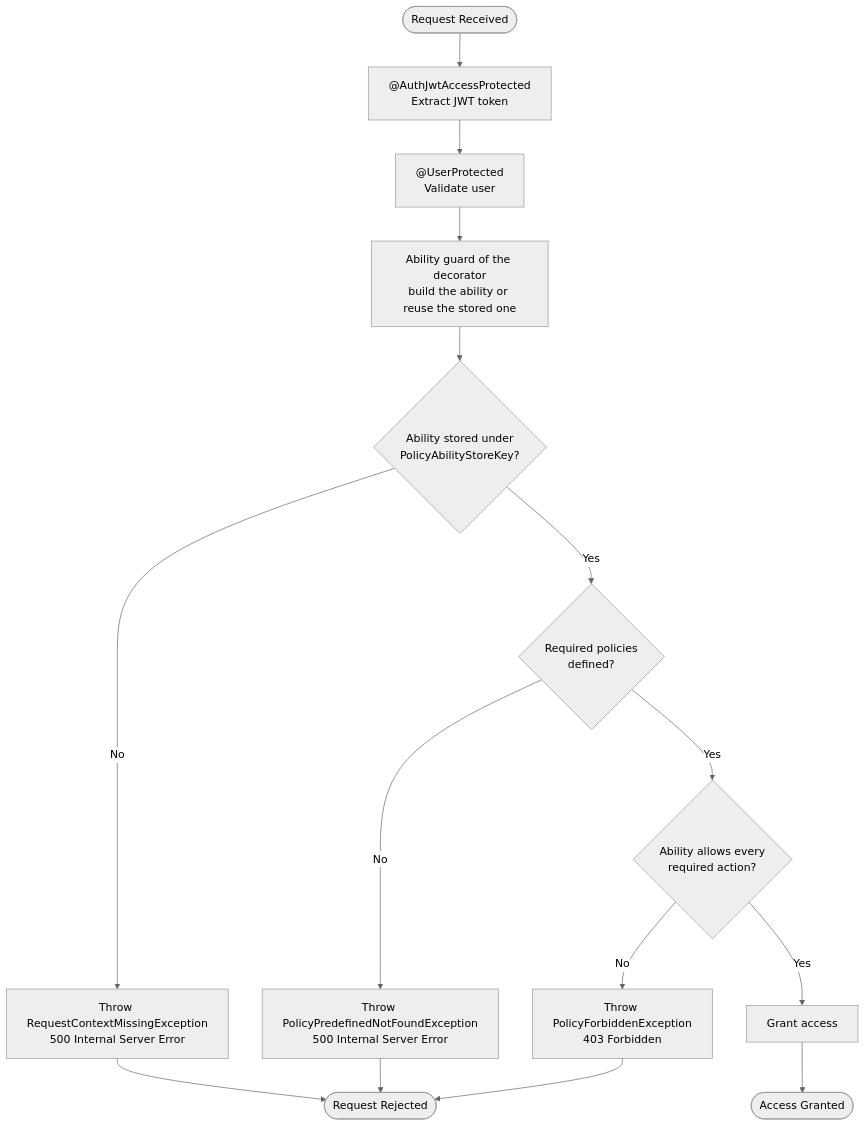
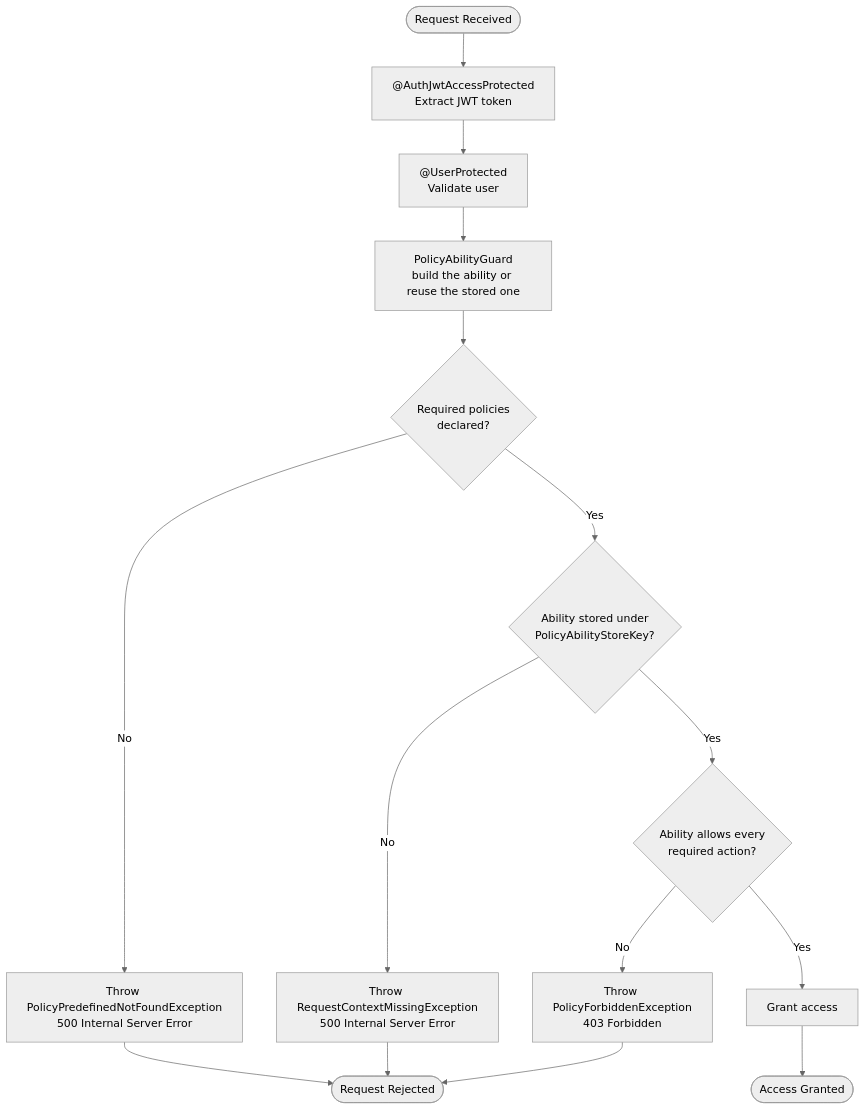
The third of 6 diagrams in docs/authorization.md (andrechristikan/ack-nestjs-boilerplate), drawn with Mermaid (neutral theme) before and after one commit. The commit also changed other lines of this file and 82 other files, not shown here.

````diff
--- a/docs/authorization.md
+++ b/docs/authorization.md
@@ -379,22 +372,22 @@
 ```mermaid
 flowchart TD
     Start([Request Received]) --> JwtGuard[ @AuthJwtAccessProtected<br/>Extract JWT token]
     JwtGuard --> UserGuard[ @UserProtected<br/>Validate user]
-    UserGuard --> AbilityGuard[ Ability guard of the decorator<br/>build the ability or reuse the stored one]
-    AbilityGuard --> CheckAbility{Ability stored under<br/>PolicyAbilityStoreKey?}
+    UserGuard --> AbilityGuard[ PolicyAbilityGuard<br/>build the ability or reuse the stored one]
+    AbilityGuard --> CheckRequired{Required policies<br/>declared?}
+
+    CheckRequired -->|No| ErrorPredefined[Throw PolicyPredefinedNotFoundException<br/>500 Internal Server Error]
+    CheckRequired -->|Yes| CheckAbility{Ability stored under<br/>PolicyAbilityStoreKey?}
 
     CheckAbility -->|No| ErrorCtx[Throw RequestContextMissingException<br/>500 Internal Server Error]
-    CheckAbility -->|Yes| CheckRequired{Required policies<br/>defined?}
-
-    CheckRequired -->|No| ErrorPredefined[Throw PolicyPredefinedNotFoundException<br/>500 Internal Server Error]
-    CheckRequired -->|Yes| ValidateAbilities{Ability allows every<br/>required action?}
+    CheckAbility -->|Yes| ValidateAbilities{Ability allows every<br/>required action?}
 
     ValidateAbilities -->|No| ErrorForbidden[Throw PolicyForbiddenException<br/>403 Forbidden]
     ValidateAbilities -->|Yes| GrantAccess[Grant access]
 
     GrantAccess --> Success([Access Granted])
 
-    ErrorCtx --> End([Request Rejected])
-    ErrorPredefined --> End
+    ErrorPredefined --> End([Request Rejected])
+    ErrorCtx --> End
     ErrorForbidden --> End
 ```
````
